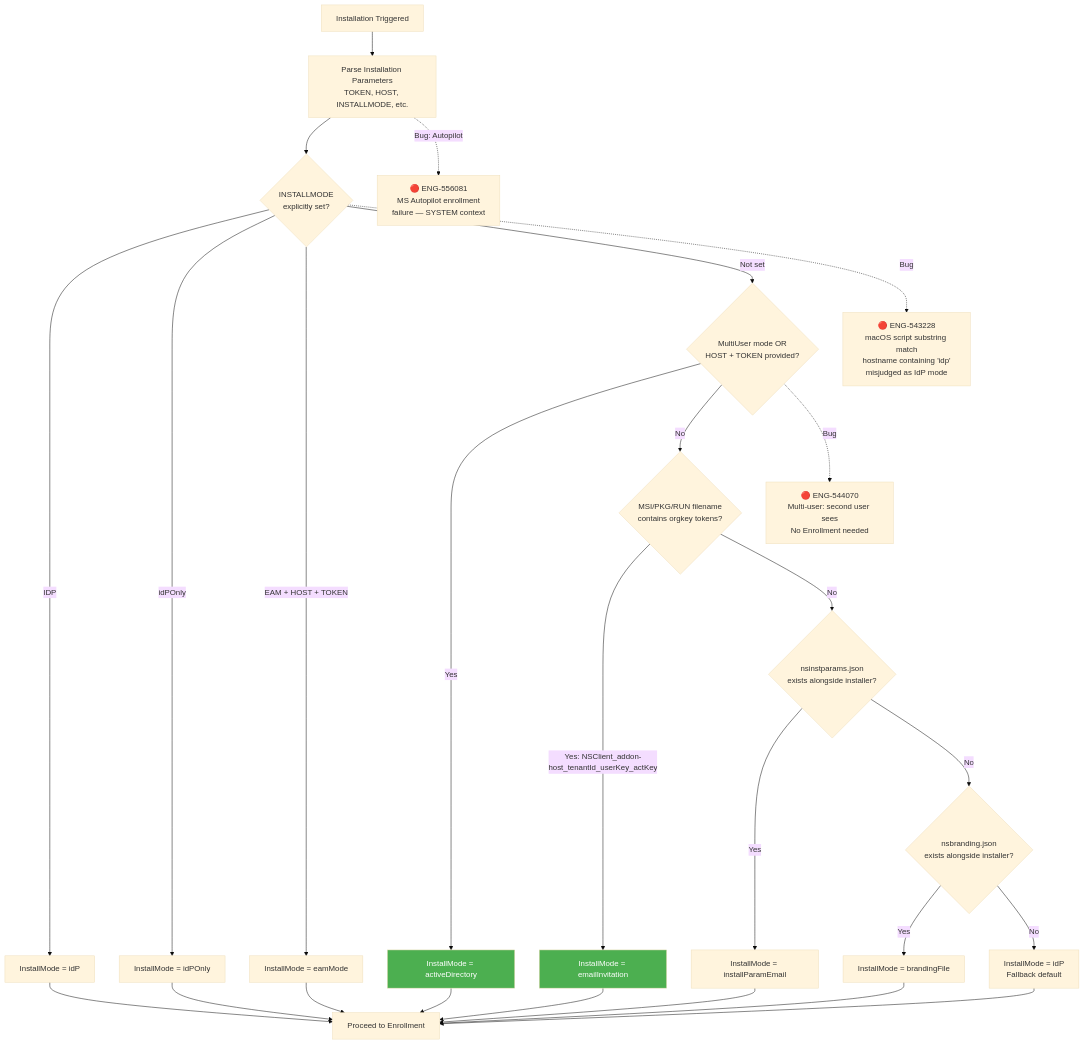
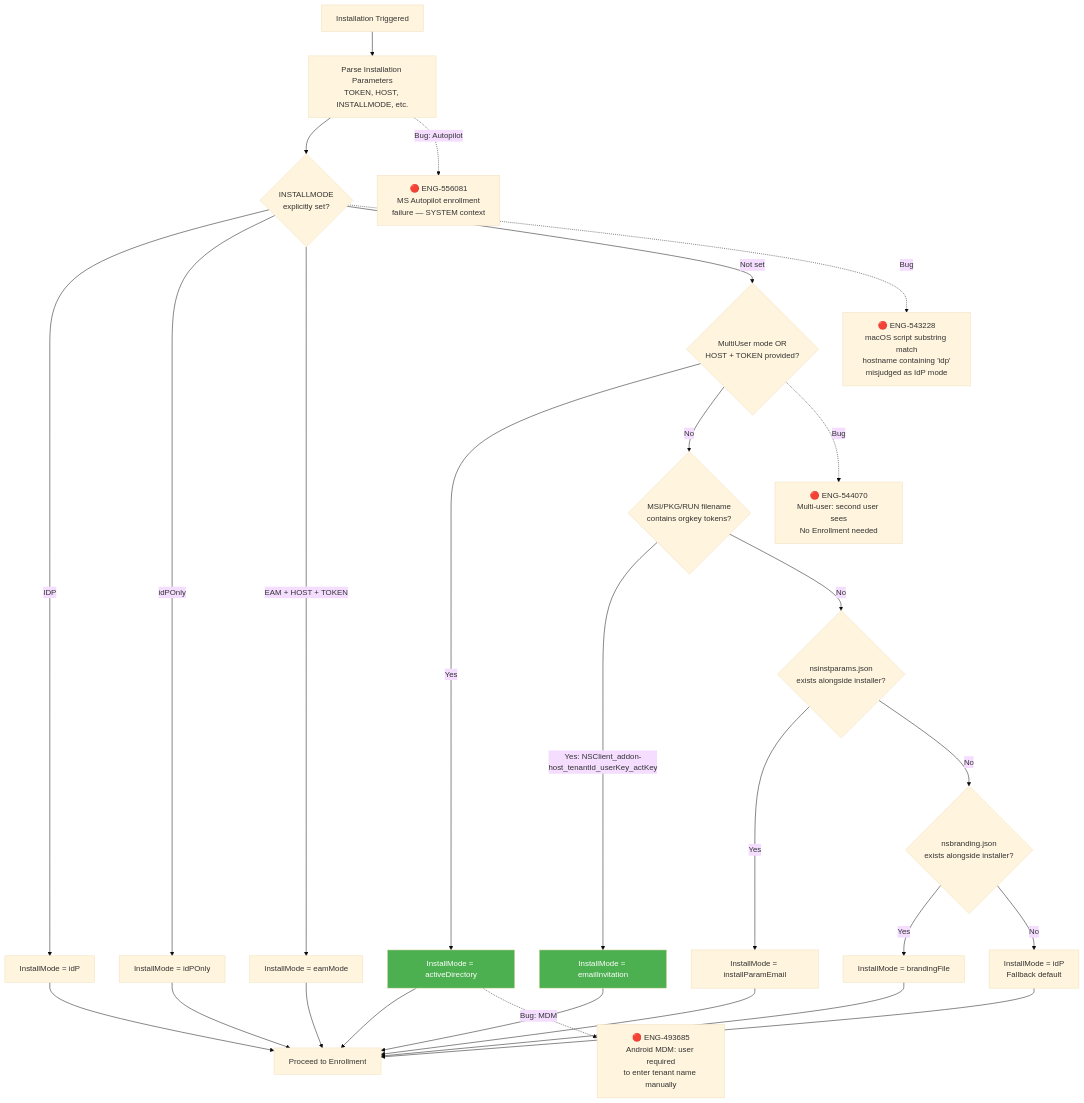
The first of 11 diagrams in chapters/02_enrollment.md (ns-klin/endpoint_system_test_plan), drawn with Mermaid (base theme) before and after one commit. The commit also changed other lines of this file and 26 other files, not shown here.

First line of the commit message:
Add 87 bugs from Excel enrichment and integrate into mermaid diagrams

````diff
--- a/chapters/02_enrollment.md
+++ b/chapters/02_enrollment.md
@@ -54,44 +54,47 @@
 ```mermaid
 flowchart TD
     START[Installation Triggered] --> PARSE[Parse Installation Parameters<br/>TOKEN, HOST, INSTALLMODE, etc.]
     
     PARSE --> CHK_MODE{INSTALLMODE<br/>explicitly set?}
     
     CHK_MODE -->|"IDP"| MODE_IDP[InstallMode = idP]
     CHK_MODE -->|"idPOnly"| MODE_IDPONLY[InstallMode = idPOnly]
     CHK_MODE -->|"EAM" + HOST + TOKEN| MODE_EAM[InstallMode = eamMode]
     CHK_MODE -->|Not set| CHK_AD{MultiUser mode OR<br/>HOST + TOKEN provided?}
     
     CHK_AD -->|Yes| MODE_AD[InstallMode = activeDirectory]
     CHK_AD -->|No| CHK_FILENAME{MSI/PKG/RUN filename<br/>contains orgkey tokens?}
     
     CHK_FILENAME -->|Yes: NSClient_addon-host_tenantId_userKey_actKey| MODE_EMAIL[InstallMode = emailInvitation]
     CHK_FILENAME -->|No| CHK_JSON{nsinstparams.json<br/>exists alongside installer?}
     
     CHK_JSON -->|Yes| MODE_JSON[InstallMode = installParamEmail]
     CHK_JSON -->|No| CHK_BRANDING{nsbranding.json<br/>exists alongside installer?}
     
     CHK_BRANDING -->|Yes| MODE_BRANDING[InstallMode = brandingFile]
     CHK_BRANDING -->|No| MODE_FALLBACK[InstallMode = idP<br/>Fallback default]
     
     MODE_IDP --> ENROLL[Proceed to Enrollment]
     MODE_IDPONLY --> ENROLL
     MODE_EAM --> ENROLL
     MODE_AD --> ENROLL
     MODE_EMAIL --> ENROLL
     MODE_JSON --> ENROLL
     MODE_BRANDING --> ENROLL
     MODE_FALLBACK --> ENROLL
 
     BUG_543228["🔴 ENG-543228<br/>macOS script substring match<br/>hostname containing 'idp'<br/>misjudged as IdP mode"]
     CHK_MODE -.->|Bug| BUG_543228
 
     BUG_544070["🔴 ENG-544070<br/>Multi-user: second user sees<br/>No Enrollment needed"]
     CHK_AD -.->|Bug| BUG_544070
 
     BUG_556081["🔴 ENG-556081<br/>MS Autopilot enrollment<br/>failure — SYSTEM context"]
     PARSE -.->|Bug: Autopilot| BUG_556081
 
+    BUG_493685["🔴 ENG-493685<br/>Android MDM: user required<br/>to enter tenant name manually"]
+    MODE_AD -.->|Bug: MDM| BUG_493685
+
     style MODE_EMAIL fill:#4CAF50,color:#fff
     style MODE_AD fill:#4CAF50,color:#fff
 ```
````
